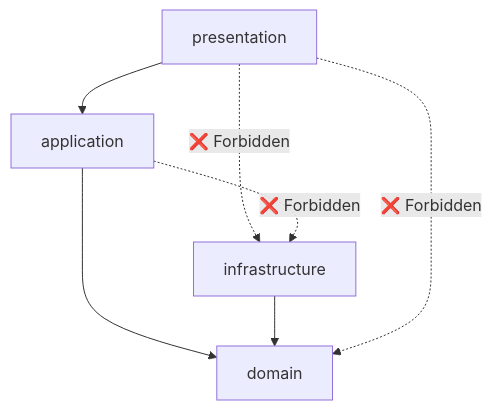
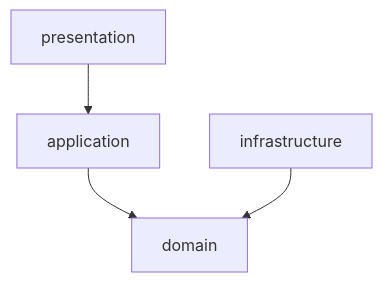
One commit to advanced-beginner/advanced-beginner.github.io changed the third of 5 diagrams in content/en/docs/ddd/concepts/layered-architecture.md. Above: the diagram before and after it, drawn with Mermaid. The commit also changed other lines of this file and 26 other files, not shown here.

````diff
--- a/content/en/docs/ddd/concepts/layered-architecture.md
+++ b/content/en/docs/ddd/concepts/layered-architecture.md
@@ -492,15 +488,11 @@
 ```mermaid
 flowchart TB
     P["presentation"]
     A["application"]
     D["domain"]
     I["infrastructure"]
 
     P --> A
     A --> D
     I --> D
-
-    P -.->|"❌ Forbidden"| D
-    P -.->|"❌ Forbidden"| I
-    A -.->|"❌ Forbidden"| I
 ```
````
